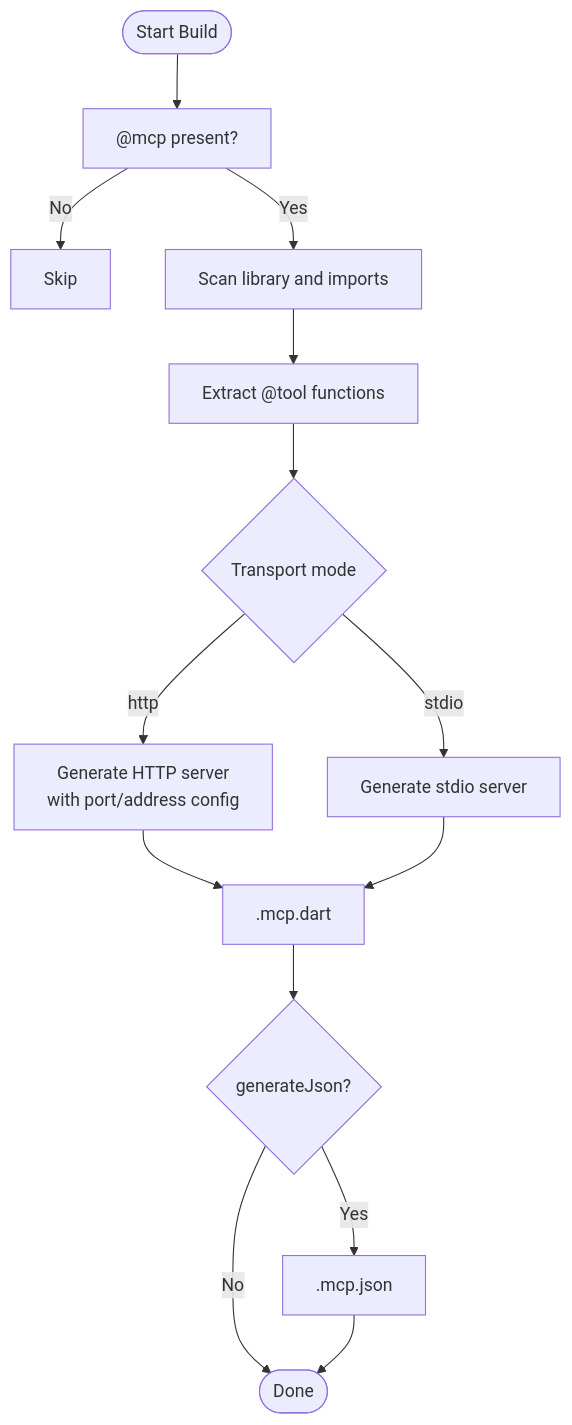
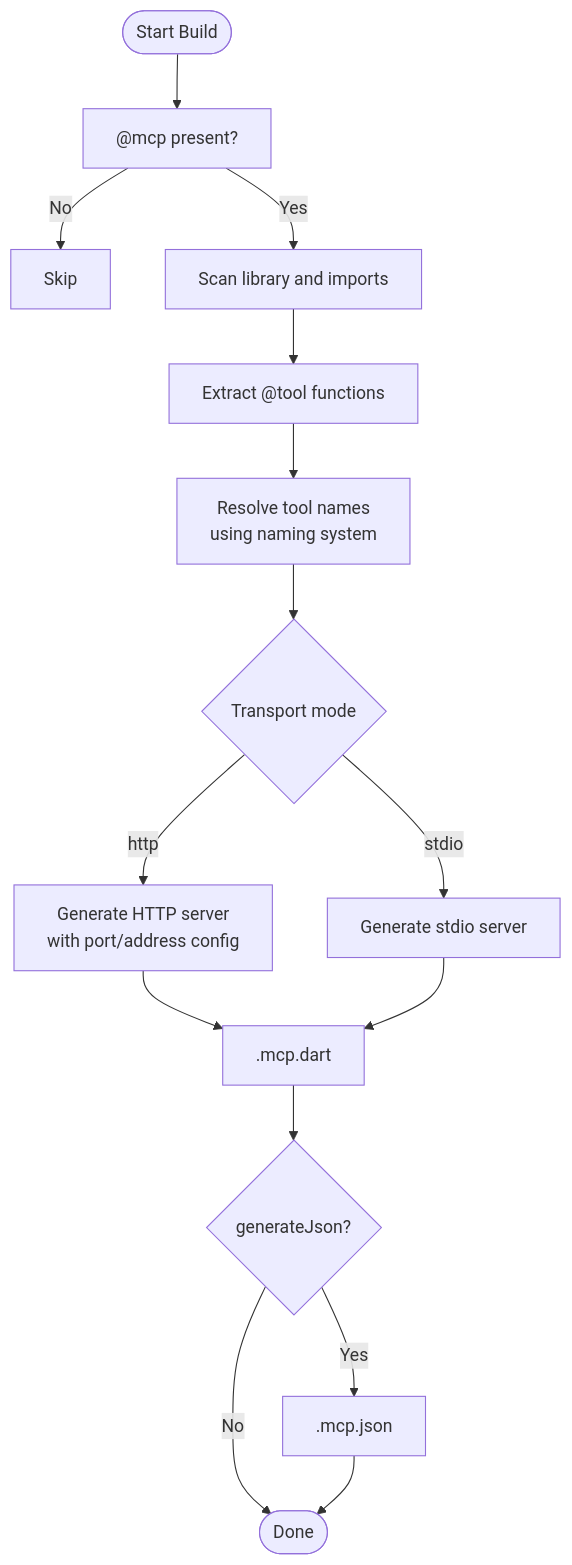
One commit to cdavis-code/easy_mcp_workspace changed the fifth of 10 diagrams in .qoder/repowiki/en/content/Core Concepts/Core Concepts.md. Above: the diagram before and after it, drawn with Mermaid. The commit also changed other lines of this file and 8 other files, not shown here.

````diff
--- a/.qoder/repowiki/en/content/Core Concepts/Core Concepts.md
+++ b/.qoder/repowiki/en/content/Core Concepts/Core Concepts.md
@@ -187,16 +244,17 @@
 ```mermaid
 flowchart TD
 Start(["Start Build"]) --> CheckMcp["@mcp present?"]
 CheckMcp --> |No| Exit["Skip"]
 CheckMcp --> |Yes| ScanLib["Scan library and imports"]
 ScanLib --> ExtractTools["Extract @tool functions"]
-ExtractTools --> Transport{"Transport mode"}
+ExtractTools --> ResolveNames["Resolve tool names<br/>using naming system"]
+ResolveNames --> Transport{"Transport mode"}
 Transport --> |http| GenHttp["Generate HTTP server<br/>with port/address config"]
 Transport --> |stdio| GenStdio["Generate stdio server"]
 GenHttp --> WriteDart[".mcp.dart"]
 GenStdio --> WriteDart
 WriteDart --> MaybeJson{"generateJson?"}
 MaybeJson --> |Yes| WriteJson[".mcp.json"]
 MaybeJson --> |No| Done(["Done"])
 WriteJson --> Done
 ```
````
